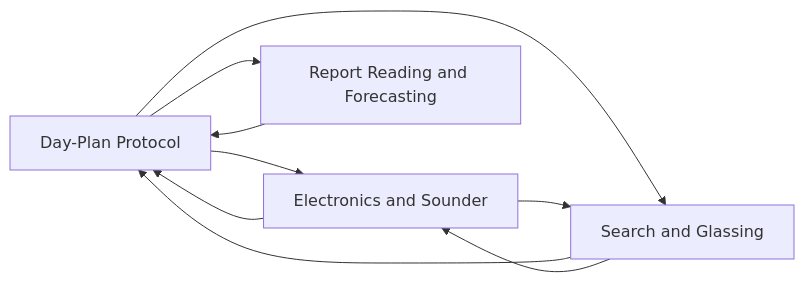
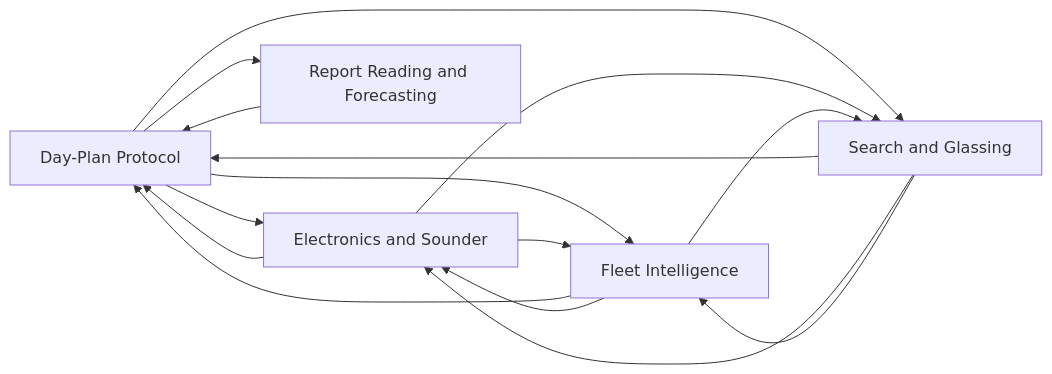
The diagram in planning/README.md (camchuckpete-max/Socal-Fishing-Knowledge), drawn with Mermaid before and after one commit. The commit also changed other lines of this file and 7 other files, not shown here.

````diff
--- a/planning/README.md
+++ b/planning/README.md
@@ -17,15 +18,22 @@
 ```mermaid
 graph LR
   n0["Day-Plan Protocol"]
   n1["Electronics and Sounder"]
-  n2["Report Reading and Forecasting"]
-  n3["Search and Glassing"]
+  n2["Fleet Intelligence"]
+  n3["Report Reading and Forecasting"]
+  n4["Search and Glassing"]
   n0 --> n1
   n0 --> n2
   n0 --> n3
+  n0 --> n4
   n1 --> n0
-  n1 --> n3
+  n1 --> n2
+  n1 --> n4
   n2 --> n0
+  n2 --> n1
+  n2 --> n4
   n3 --> n0
-  n3 --> n1
+  n4 --> n0
+  n4 --> n1
+  n4 --> n2
 ```
````
